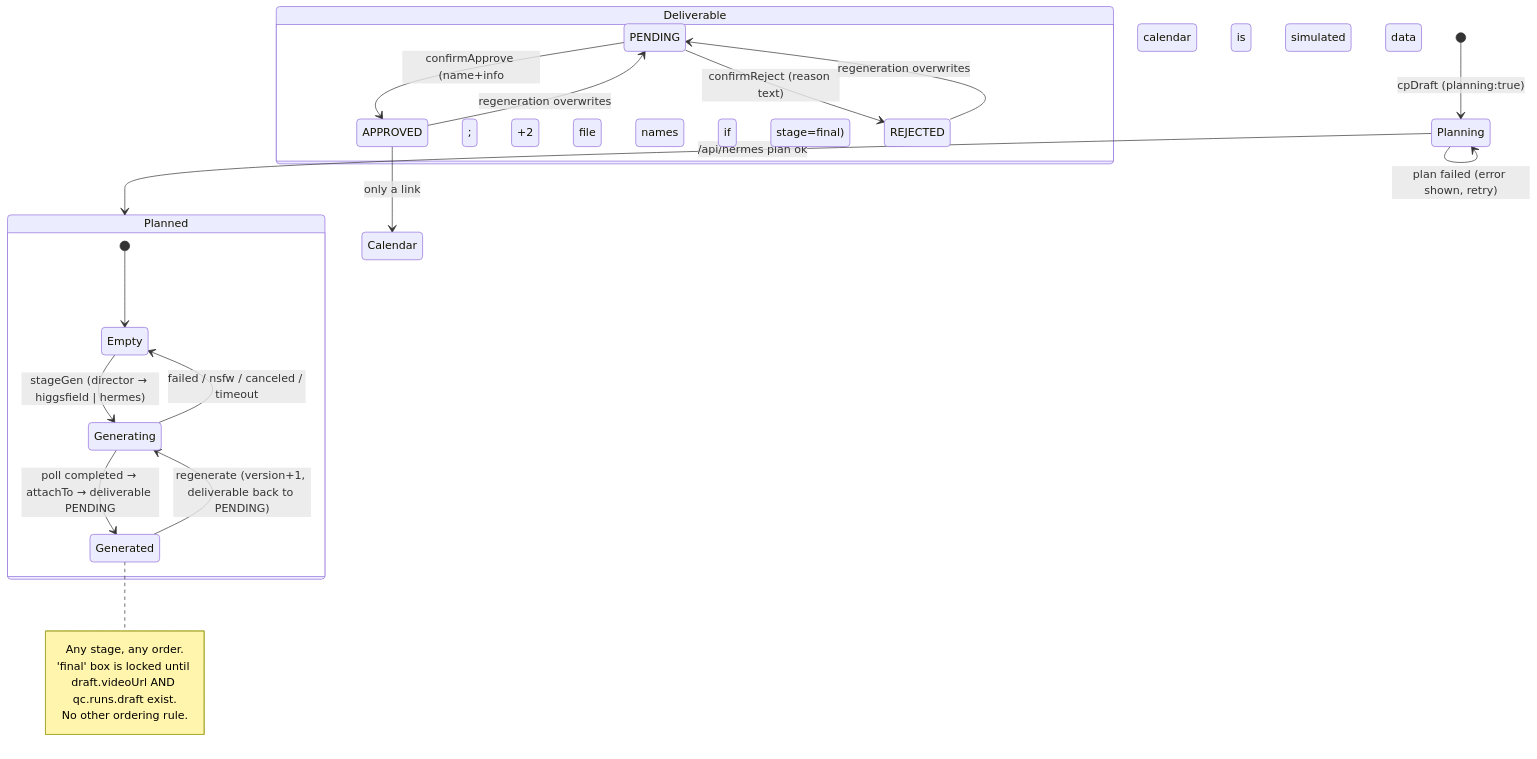
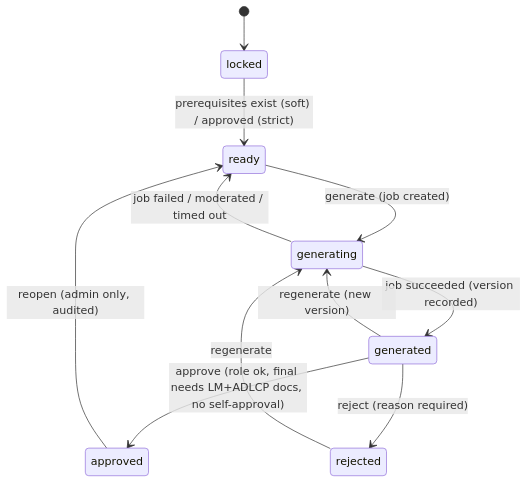
Before and after one commit to Mohamedatwa7/maistro: the third of 3 diagrams in ARCHITECTURE_CURRENT.md, drawn with Mermaid. The commit also changed other lines of this file and 1 other file, not shown here.

First line of the commit message:
ARCHITECTURE_CURRENT revision 2: the system as it runs after M0–M4; README refreshed

````diff
--- a/ARCHITECTURE_CURRENT.md
+++ b/ARCHITECTURE_CURRENT.md
@@ -357,25 +281,13 @@
 ```mermaid
 stateDiagram-v2
-  [*] --> Planning: cpDraft (planning:true)
-  Planning --> Planned: /api/hermes plan ok
-  Planning --> Planning: plan failed (error shown, retry)
-  state Planned {
-    [*] --> Empty
-    Empty --> Generating: stageGen (director → higgsfield | hermes)
-    Generating --> Generated: poll completed → attachTo → deliverable PENDING
-    Generating --> Empty: failed / nsfw / canceled / timeout
-    Generated --> Generating: regenerate (version+1, deliverable back to PENDING)
-    note right of Generated
-      Any stage, any order.
-      'final' box is locked until draft.videoUrl AND qc.runs.draft exist.
-      No other ordering rule.
-    end note
-  }
-  state Deliverable {
-    PENDING --> APPROVED: confirmApprove (name+info; +2 file names if stage=final)
-    PENDING --> REJECTED: confirmReject (reason text)
-    APPROVED --> PENDING: regeneration overwrites
-    REJECTED --> PENDING: regeneration overwrites
-  }
-  APPROVED --> Calendar: only a link; calendar is simulated data
+  [*] --> locked
+  locked --> ready: prerequisites exist (soft) / approved (strict)
+  ready --> generating: generate (job created)
+  generating --> generated: job succeeded (version recorded)
+  generating --> ready: job failed / moderated / timed out
+  generated --> approved: approve (role ok, final needs LM+ADLCP docs, no self-approval)
+  generated --> rejected: reject (reason required)
+  generated --> generating: regenerate (new version)
+  rejected --> generating: regenerate
+  approved --> ready: reopen (admin only, audited)
 ```
````
